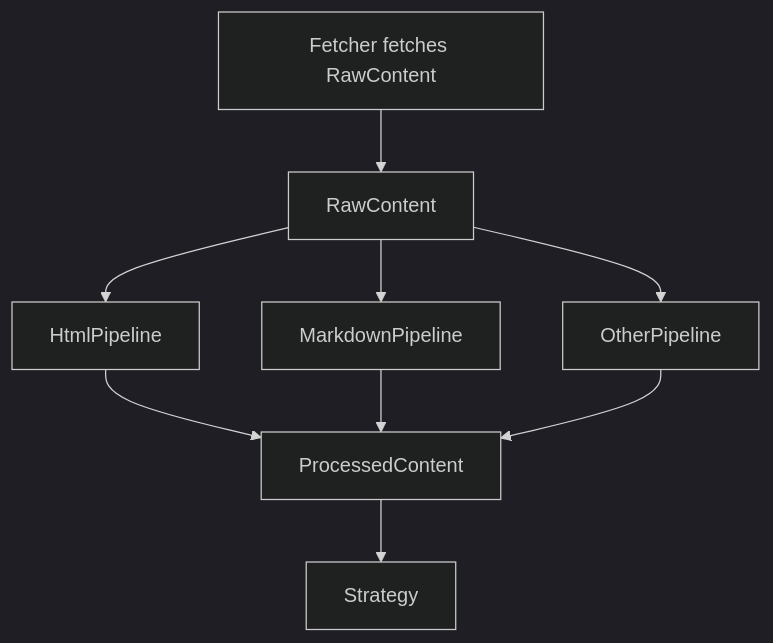
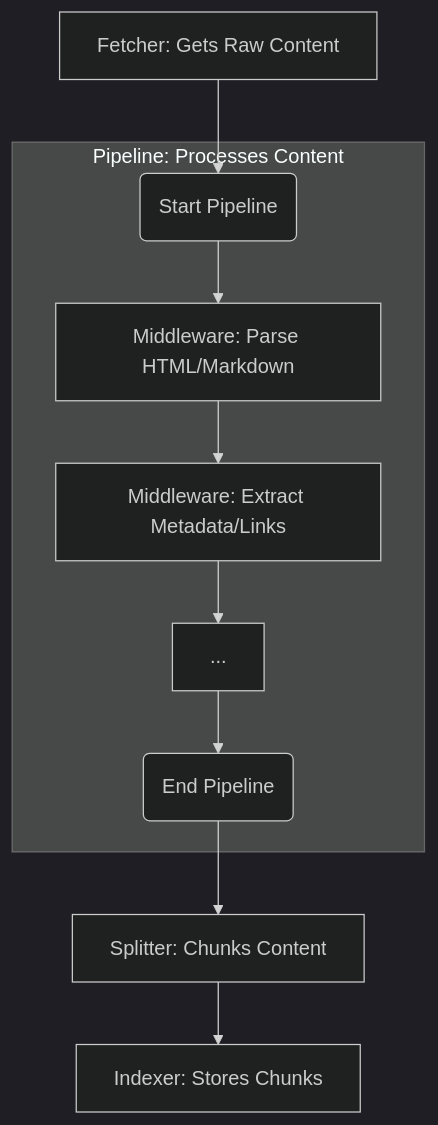
The diagram in ARCHITECTURE.md (theshadow27/docs-mcp-server), drawn with Mermaid (dark theme) before and after one commit. The commit also changed other lines of this file and 2 other files, not shown here.

First line of the commit message:
docs: streamline README and ARCHITECTURE.md

````diff
--- a/ARCHITECTURE.md
+++ b/ARCHITECTURE.md
@@ -69,11 +72,12 @@
 ```mermaid
 graph TD
-    F[Fetcher fetches RawContent] --> RC[RawContent]
-    RC --> HP[HtmlPipeline]
-    RC --> MP[MarkdownPipeline]
-    RC --> OP[OtherPipeline]
-    HP --> PCP[ProcessedContent]
-    MP --> PCP
-    OP --> PCP
-    PCP --> S[Strategy]
+    F[Fetcher: Gets Raw Content] --> P_Start(Start Pipeline)
+    subgraph P[Pipeline: Processes Content]
+        P_Start --> M1[Middleware: Parse HTML/Markdown]
+        M1 --> M2[Middleware: Extract Metadata/Links]
+        M2 --> M3[...]
+        M3 --> P_End(End Pipeline)
+    end
+    P_End --> S[Splitter: Chunks Content]
+    S --> I[Indexer: Stores Chunks]
 ```
````
